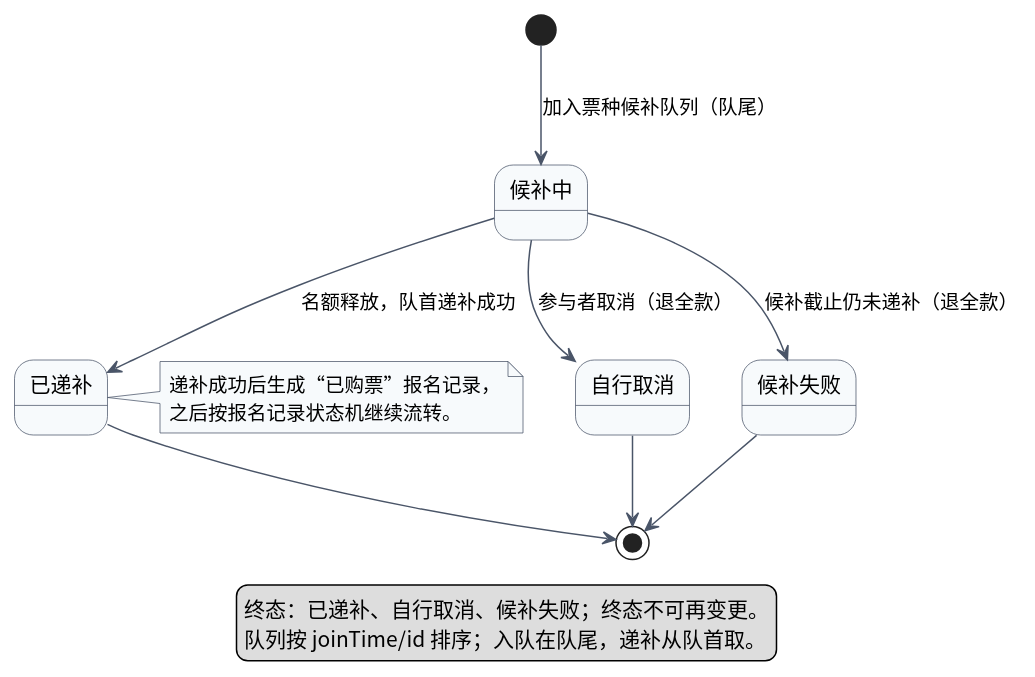
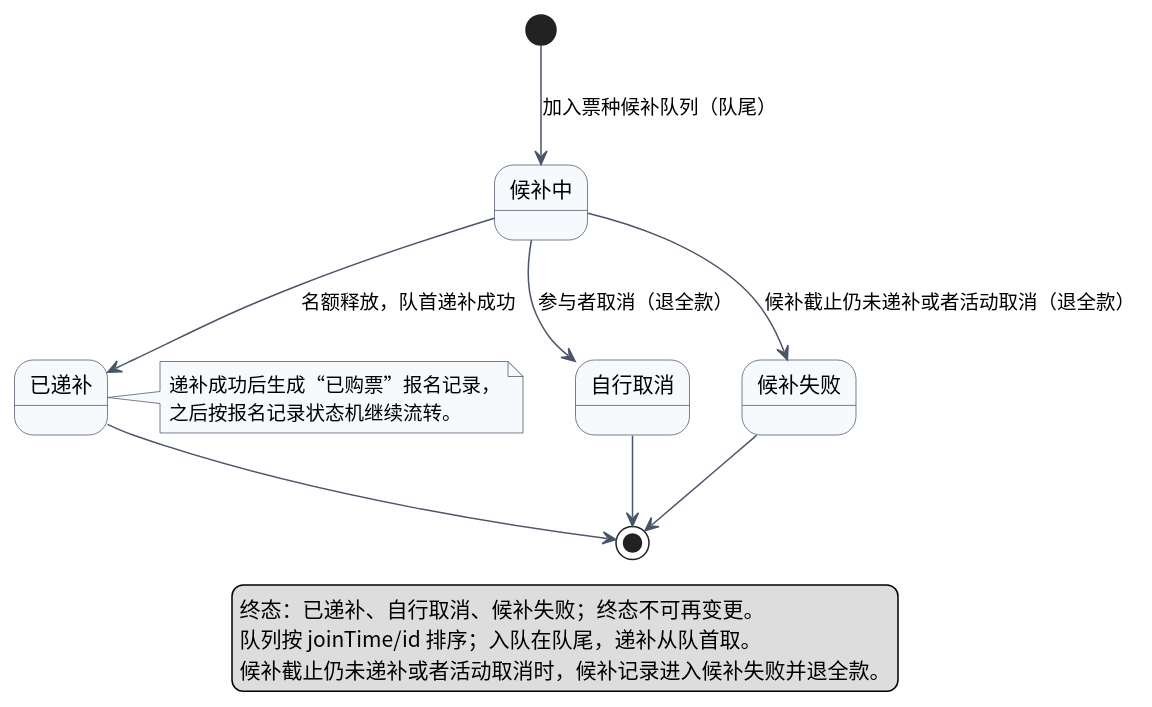
One commit to Lewis-44-China/se-lab1-requirements changed the diagram in lab2/UML/UML状态图_候补记录.puml. Above: the diagram before and after it, drawn with PlantUML. The commit also changed 13 other files, not shown here.

First line of the commit message:
lab2: 按人工复审更新 UML 设计与报告

```diff
--- a/lab2/UML/UML状态图_候补记录.puml
+++ b/lab2/UML/UML状态图_候补记录.puml
@@ -1,33 +1,34 @@
 @startuml UML状态图_候补记录
 skinparam shadowing false
 skinparam defaultFontName "Noto Sans CJK SC"
 skinparam ArrowColor #4A5568
 skinparam StateBackgroundColor #F7FAFC
 skinparam StateBorderColor #4A5568
 skinparam noteBackgroundColor #F7FAFC
 skinparam noteBorderColor #4A5568
 
 state "候补中" as WAITING
 state "已递补" as PROMOTED
 state "自行取消" as SELF_CANCELLED
 state "候补失败" as FAILED
 
 [*] --> WAITING : 加入票种候补队列（队尾）
 WAITING --> PROMOTED : 名额释放，队首递补成功
 WAITING --> SELF_CANCELLED : 参与者取消（退全款）
-WAITING --> FAILED : 候补截止仍未递补（退全款）
+WAITING --> FAILED : 候补截止仍未递补或者活动取消（退全款）
 
 PROMOTED --> [*]
 SELF_CANCELLED --> [*]
 FAILED --> [*]
 
 note right of PROMOTED
   递补成功后生成“已购票”报名记录，
   之后按报名记录状态机继续流转。
 end note
 
 legend bottom
   终态：已递补、自行取消、候补失败；终态不可再变更。
   队列按 joinTime/id 排序；入队在队尾，递补从队首取。
+  候补截止仍未递补或者活动取消时，候补记录进入候补失败并退全款。
 endlegend
 @enduml
```
